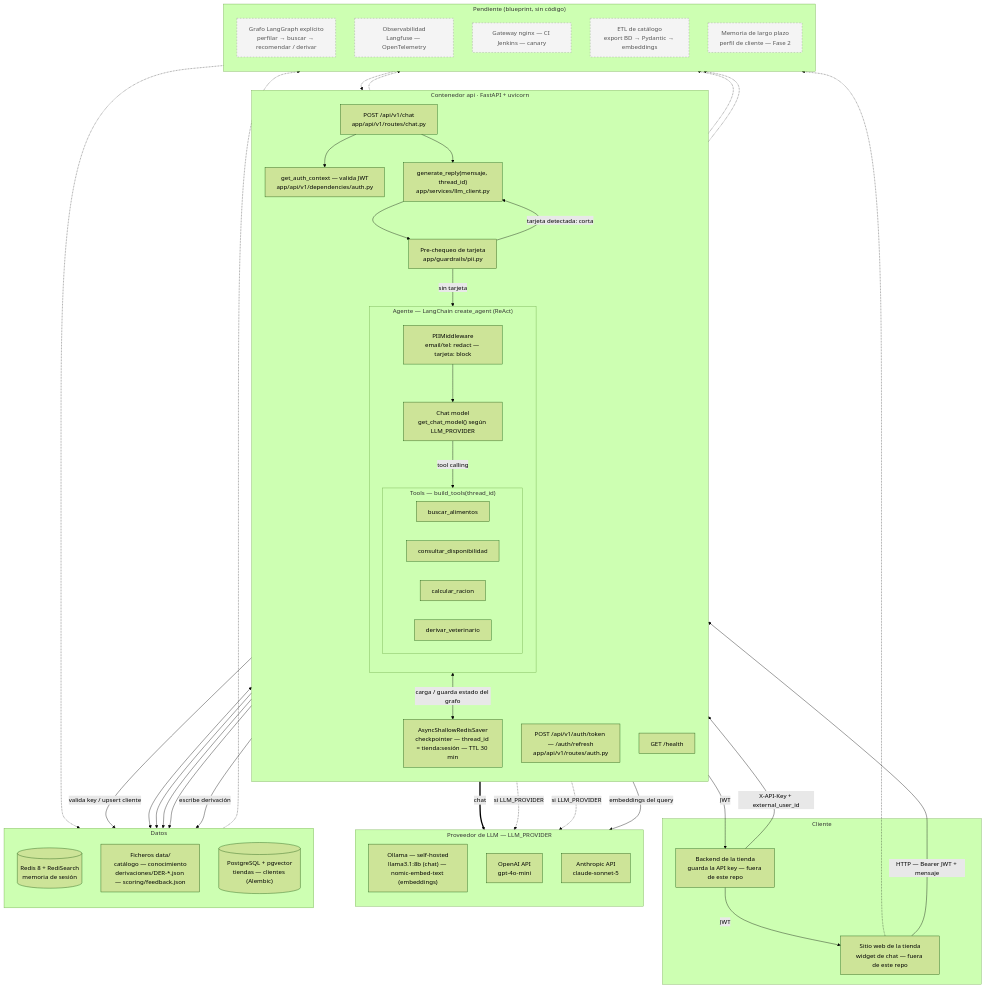
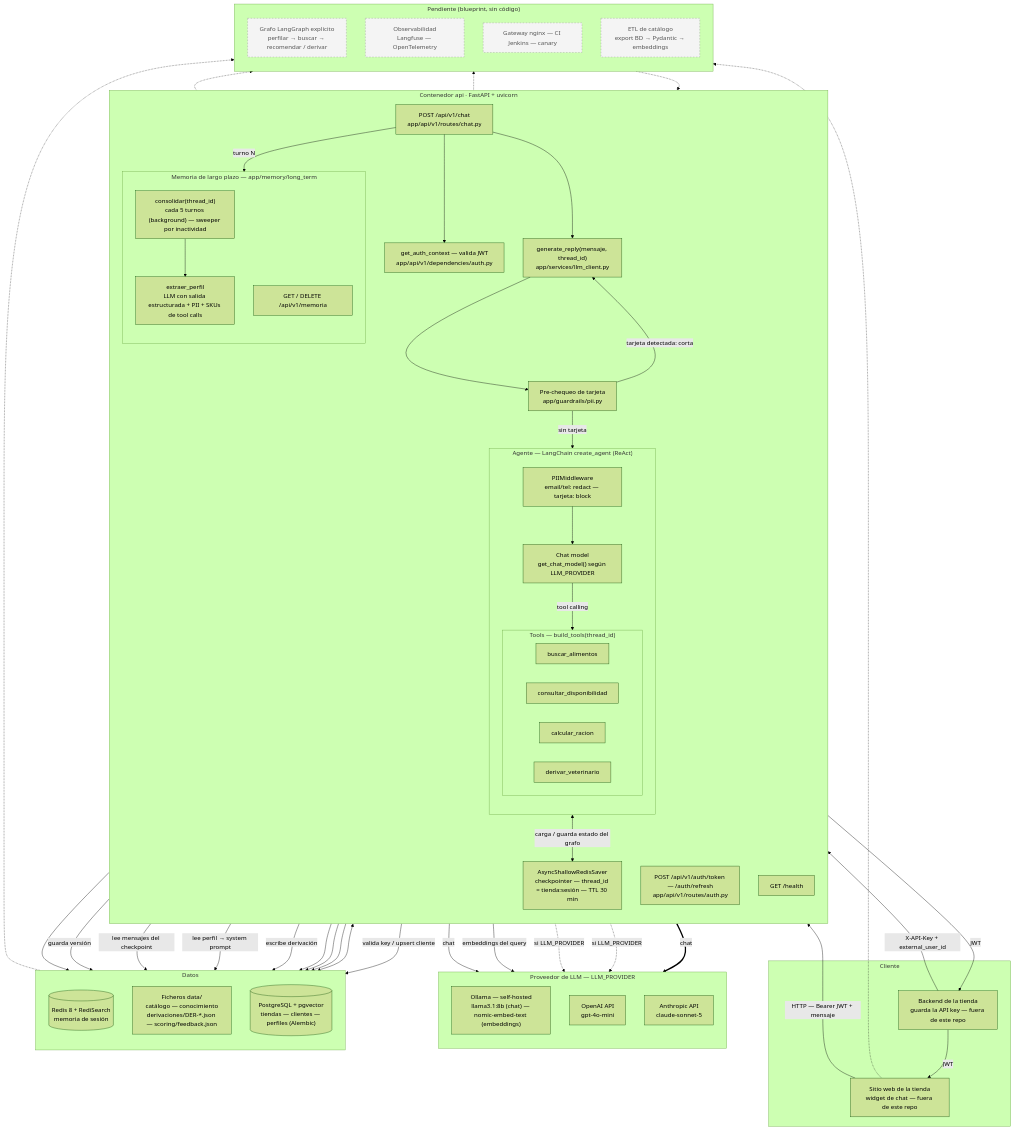
The first of 2 diagrams in docs/arquitectura.md (joseandjn/project-agent), drawn with Mermaid (forest theme) before and after one commit. The commit also changed other lines of this file and 24 other files, not shown here.

First line of the commit message:
Memoria de largo plazo: perfil de cliente en Postgres (Fase 2)

````diff
--- a/docs/arquitectura.md
+++ b/docs/arquitectura.md
@@ -41,6 +41,13 @@
         end
 
         cp["AsyncShallowRedisSaver<br/>checkpointer — thread_id = tienda:sesión — TTL 30 min"]
+
+        subgraph longmem["Memoria de largo plazo — app/memory/long_term"]
+            direction TB
+            cons["consolidar(thread_id)<br/>cada 5 turnos (background) — sweeper por inactividad"]
+            extr["extraer_perfil<br/>LLM con salida estructurada + PII + SKUs de tool calls"]
+            memr["GET / DELETE /api/v1/memoria"]
+        end
     end
 
     subgraph prov["Proveedor de LLM — LLM_PROVIDER"]
@@ -54,7 +61,7 @@
         direction TB
         redis[("Redis 8 + RediSearch<br/>memoria de sesión")]
         fs["Ficheros data/<br/>catálogo — conocimiento<br/>derivaciones/DER-*.json — scoring/feedback.json"]
-        pg[("PostgreSQL + pgvector<br/>tiendas — clientes (Alembic)")]
+        pg[("PostgreSQL + pgvector<br/>tiendas — clientes — perfiles (Alembic)")]
     end
 
     subgraph pend["Pendiente (blueprint, sin código)"]
@@ -63,7 +70,6 @@
         obs["Observabilidad<br/>Langfuse — OpenTelemetry"]
         gw["Gateway nginx — CI Jenkins — canary"]
         etl["ETL de catálogo<br/>export BD → Pydantic → embeddings"]
-        longmem["Memoria de largo plazo<br/>perfil de cliente — Fase 2"]
     end
 
     tback -->|"X-API-Key + external_user_id"| authr
@@ -96,9 +102,14 @@
     gen -.-> obs
     agente -.-> lg
     fs -.-> etl
-    longmem -.-> pg
-    gen -.-> longmem
+    route -->|"lee perfil → system prompt"| pg
+    route -->|"turno N"| cons
+    cons -->|"lee mensajes del checkpoint"| redis
+    cons --> extr
+    extr -->|"chat"| ollama
+    cons -->|"guarda versión"| pg
+    memr --> pg
 
     classDef pendiente fill:#f4f4f4,stroke:#999,stroke-dasharray:4,color:#555;
-    class lg,obs,gw,etl,longmem pendiente;
+    class lg,obs,gw,etl pendiente;
 ```
````
